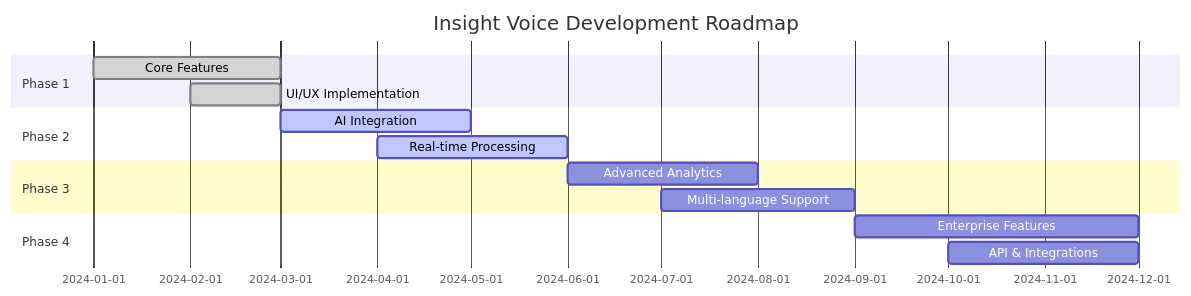
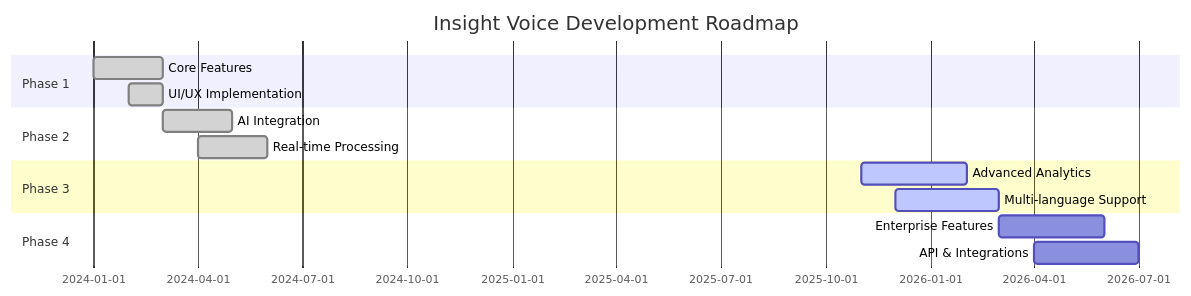
The sixth of 6 diagrams in README.md (Yash-Kavaiya/insight-voice), drawn with Mermaid before and after one commit. The commit also changed other lines of this file, not shown here.

Commit message:
Fix outdated roadmap dates to reflect current timeline

````diff
--- a/README.md
+++ b/README.md
@@ -503,17 +503,17 @@
 ```mermaid
 gantt
     title Insight Voice Development Roadmap
     dateFormat YYYY-MM
     section Phase 1
     Core Features           :done, 2024-01, 2024-03
     UI/UX Implementation    :done, 2024-02, 2024-03
     section Phase 2
-    AI Integration          :active, 2024-03, 2024-05
-    Real-time Processing    :active, 2024-04, 2024-06
+    AI Integration          :done, 2024-03, 2024-05
+    Real-time Processing    :done, 2024-04, 2024-06
     section Phase 3
-    Advanced Analytics      :2024-06, 2024-08
-    Multi-language Support  :2024-07, 2024-09
+    Advanced Analytics      :active, 2025-11, 2026-02
+    Multi-language Support  :active, 2025-12, 2026-03
     section Phase 4
-    Enterprise Features     :2024-09, 2024-12
-    API & Integrations      :2024-10, 2024-12
+    Enterprise Features     :2026-03, 2026-06
+    API & Integrations      :2026-04, 2026-07
 ```
````
